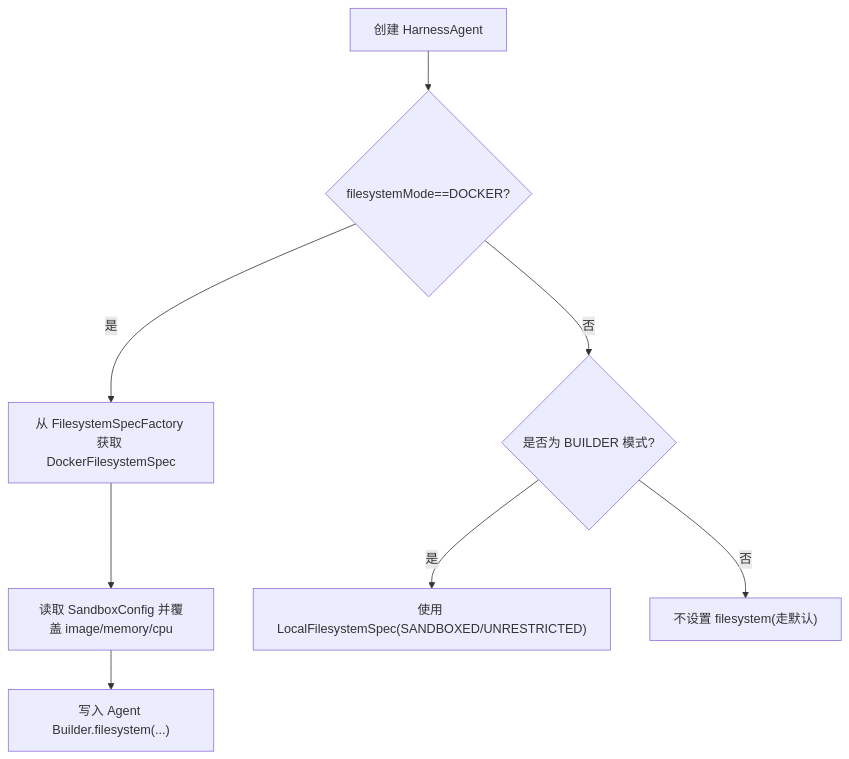
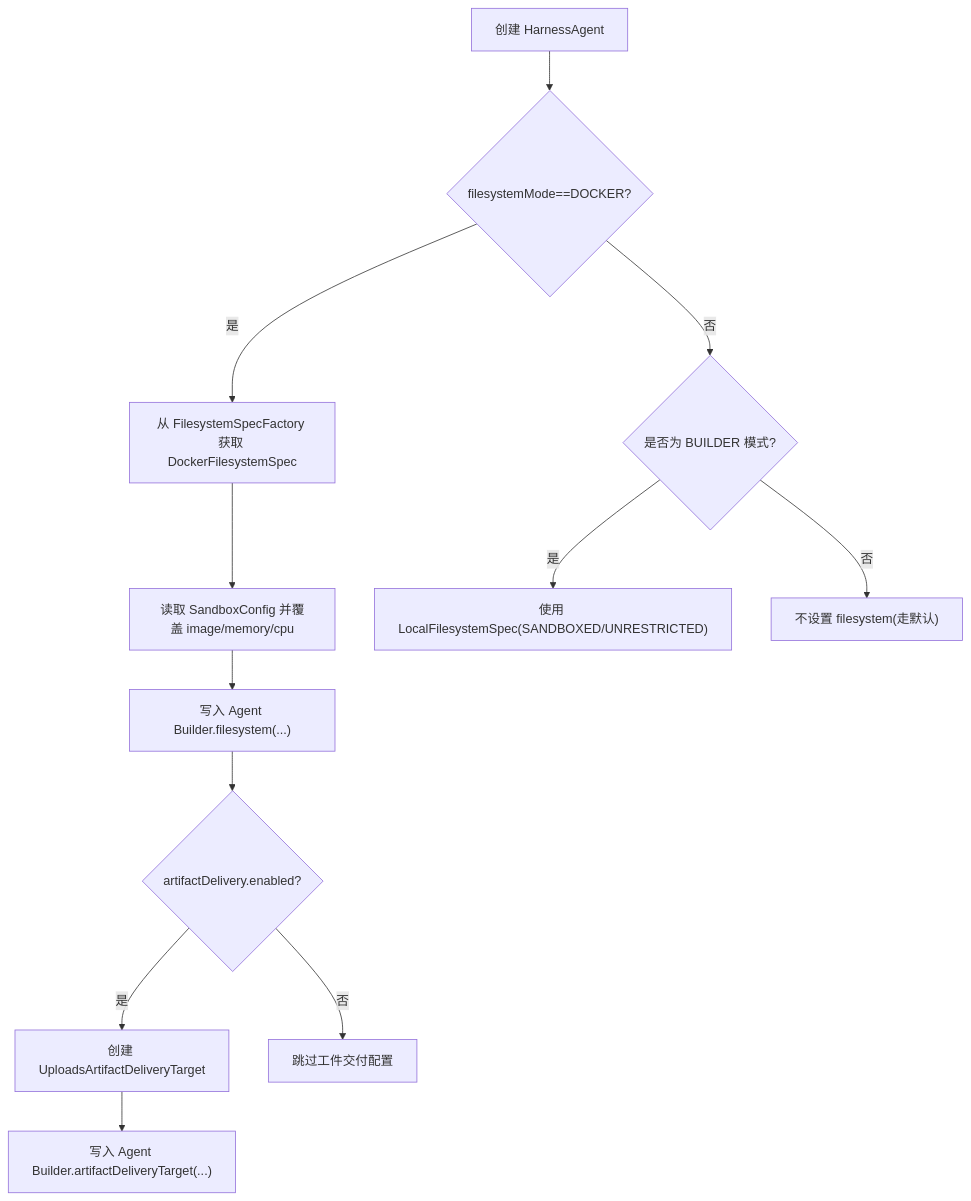
The fourth of 7 diagrams in .qoder/repowiki/zh/content/Harness 框架/沙箱环境隔离/Docker 沙箱模式.md (tinyhu/agentscope-demo), drawn with Mermaid before and after one commit. The commit also changed other lines of this file and 111 other files, not shown here.

````diff
--- a/.qoder/repowiki/zh/content/Harness 框架/沙箱环境隔离/Docker 沙箱模式.md
+++ b/.qoder/repowiki/zh/content/Harness 框架/沙箱环境隔离/Docker 沙箱模式.md
@@ -121,10 +148,14 @@
 ```mermaid
 flowchart TD
-    A["创建 HarnessAgent"] --> B{"filesystemMode==DOCKER?"}
-    B -->|是| C["从 FilesystemSpecFactory 获取 DockerFilesystemSpec"]
-    C --> D["读取 SandboxConfig 并覆盖 image/memory/cpu"]
-    D --> E["写入 Agent Builder.filesystem(...)"]
-    B -->|否| F{"是否为 BUILDER 模式?"}
-    F -->|是| G["使用 LocalFilesystemSpec(SANDBOXED/UNRESTRICTED)"]
-    F -->|否| H["不设置 filesystem(走默认)"]
+A["创建 HarnessAgent"] --> B{"filesystemMode==DOCKER?"}
+B --> |是| C["从 FilesystemSpecFactory 获取 DockerFilesystemSpec"]
+C --> D["读取 SandboxConfig 并覆盖 image/memory/cpu"]
+D --> E["写入 Agent Builder.filesystem(...)"]
+E --> F{"artifactDelivery.enabled?"}
+F --> |是| G["创建 UploadsArtifactDeliveryTarget"]
+G --> H["写入 Agent Builder.artifactDeliveryTarget(...)"]
+F --> |否| I["跳过工件交付配置"]
+B --> |否| J{"是否为 BUILDER 模式?"}
+J --> |是| K["使用 LocalFilesystemSpec(SANDBOXED/UNRESTRICTED)"]
+J --> |否| L["不设置 filesystem(走默认)"]
 ```
````
